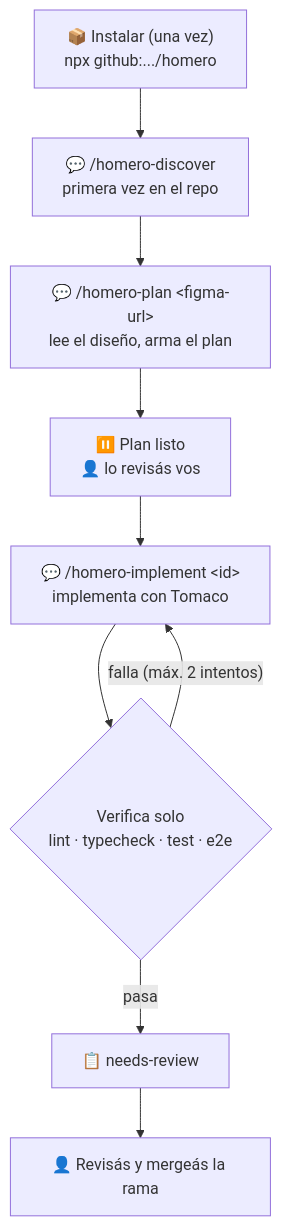
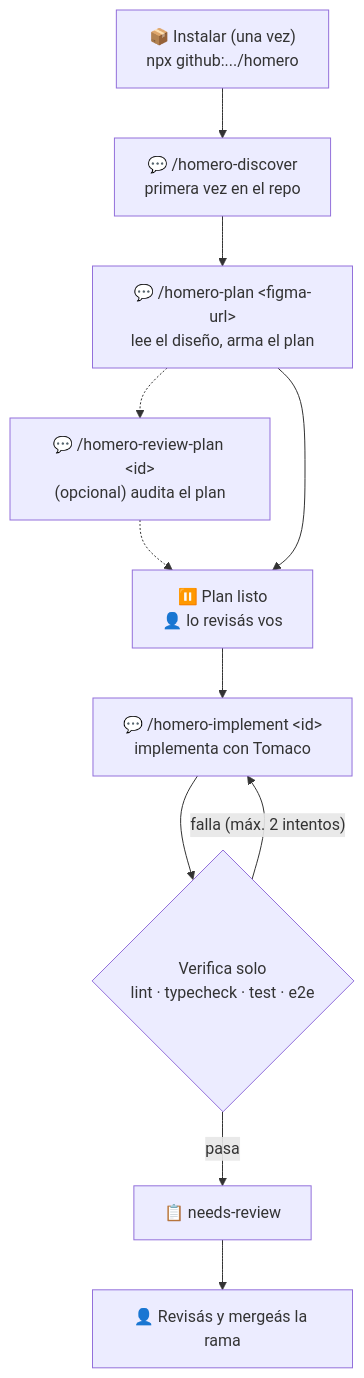
One commit to DanielRamosValenzuela/homero changed the diagram in README.md. Above: the diagram before and after it, drawn with Mermaid. The commit also changed other lines of this file and 14 other files, not shown here.

First line of the commit message:
feat: add optional /homero-review-plan checkpoint audit (v0.6.0)

````diff
--- a/README.md
+++ b/README.md
@@ -9,11 +11,12 @@
 ```mermaid
 flowchart TD
     A["📦 Instalar (una vez)<br/>npx github:.../homero"] --> B["💬 /homero-discover<br/>primera vez en el repo"]
     B --> C["💬 /homero-plan &lt;figma-url&gt;<br/>lee el diseño, arma el plan"]
+    C -.-> R["💬 /homero-review-plan &lt;id&gt;<br/>(opcional) audita el plan"] -.-> D
     C --> D["⏸️ Plan listo<br/>👤 lo revisás vos"]
     D --> E["💬 /homero-implement &lt;id&gt;<br/>implementa con Tomaco"]
     E --> F{"Verifica solo<br/>lint · typecheck · test · e2e"}
     F -- "falla (máx. 2 intentos)" --> E
     F -- "pasa" --> G["📋 needs-review"]
     G --> H["👤 Revisás y mergeás la rama"]
 ```
````
